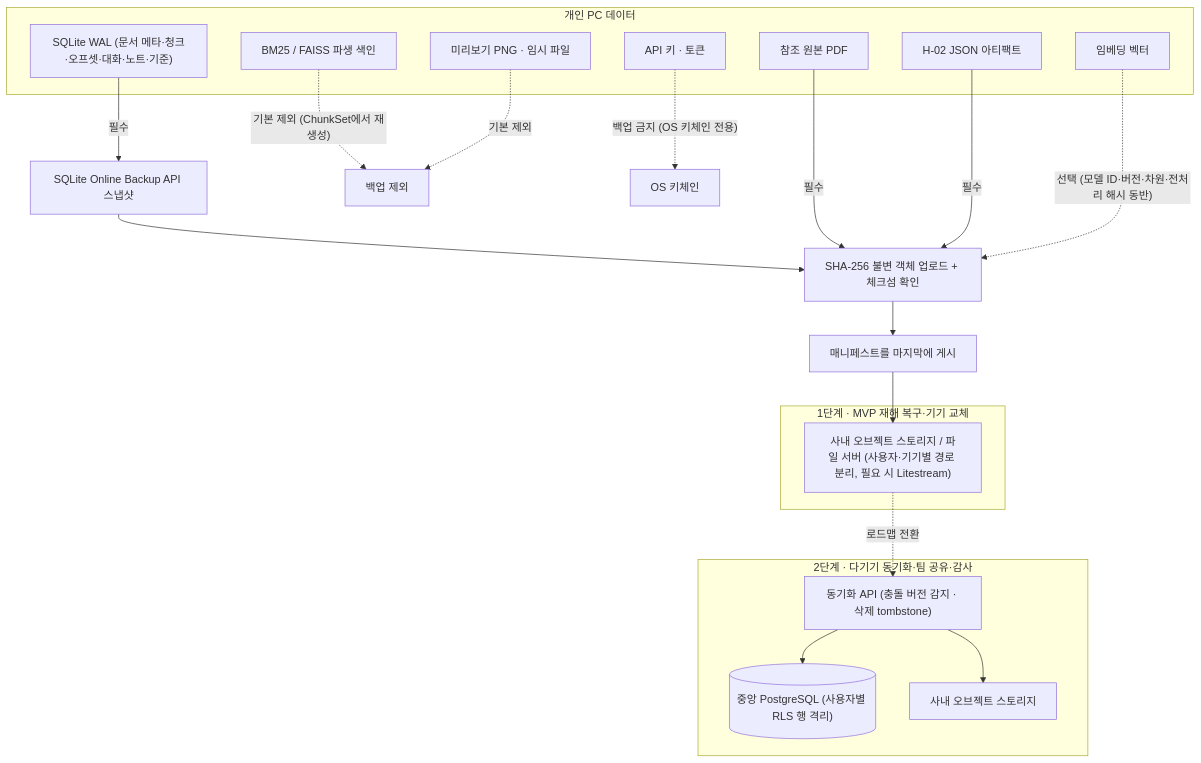
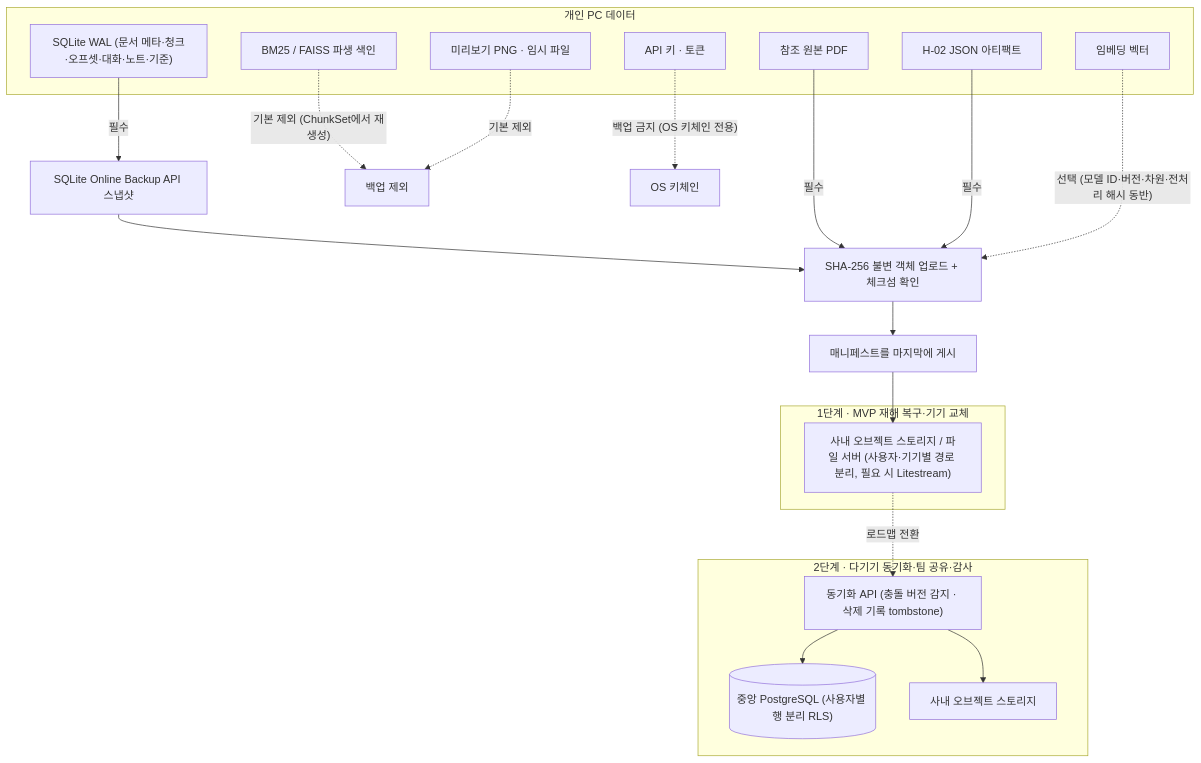
One commit to Jungminii-1114/ReportAnchor changed the second of 3 diagrams in docs/local-daemon-and-deployment.md. Above: the diagram before and after it, drawn with Mermaid. The commit also changed other lines of this file and 5 other files, not shown here.

````diff
--- a/docs/local-daemon-and-deployment.md
+++ b/docs/local-daemon-and-deployment.md
@@ -102,38 +103,38 @@
 ```mermaid
 flowchart TD
     subgraph LOCAL["개인 PC 데이터"]
         S1["SQLite WAL (문서 메타·청크·오프셋·대화·노트·기준)"]
         S2["참조 원본 PDF"]
         S3["H-02 JSON 아티팩트"]
         S4["임베딩 벡터"]
         S5["BM25 / FAISS 파생 색인"]
         S6["미리보기 PNG · 임시 파일"]
         S7["API 키 · 토큰"]
     end
 
     S1 -->|"필수"| SNAP["SQLite Online Backup API 스냅샷"]
     SNAP --> UP["SHA-256 불변 객체 업로드 + 체크섬 확인"]
     S2 -->|"필수"| UP
     S3 -->|"필수"| UP
     S4 -.->|"선택 (모델 ID·버전·차원·전처리 해시 동반)"| UP
     UP --> MAN["매니페스트를 마지막에 게시"]
 
     S5 -.->|"기본 제외 (ChunkSet에서 재생성)"| EXC["백업 제외"]
     S6 -.->|"기본 제외"| EXC
     S7 -.->|"백업 금지 (OS 키체인 전용)"| KC["OS 키체인"]
 
     subgraph STAGE1["1단계 · MVP 재해 복구·기기 교체"]
         OBJ1["사내 오브젝트 스토리지 / 파일 서버 (사용자·기기별 경로 분리, 필요 시 Litestream)"]
     end
 
     subgraph STAGE2["2단계 · 다기기 동기화·팀 공유·감사"]
-        SYNC["동기화 API (충돌 버전 감지 · 삭제 tombstone)"]
-        PG[("중앙 PostgreSQL (사용자별 RLS 행 격리)")]
+        SYNC["동기화 API (충돌 버전 감지 · 삭제 기록 tombstone)"]
+        PG[("중앙 PostgreSQL (사용자별 행 분리 RLS)")]
         OBJ2["사내 오브젝트 스토리지"]
     end
 
     MAN --> OBJ1
     OBJ1 -.->|"로드맵 전환"| SYNC
     SYNC --> PG
     SYNC --> OBJ2
 ```
````
